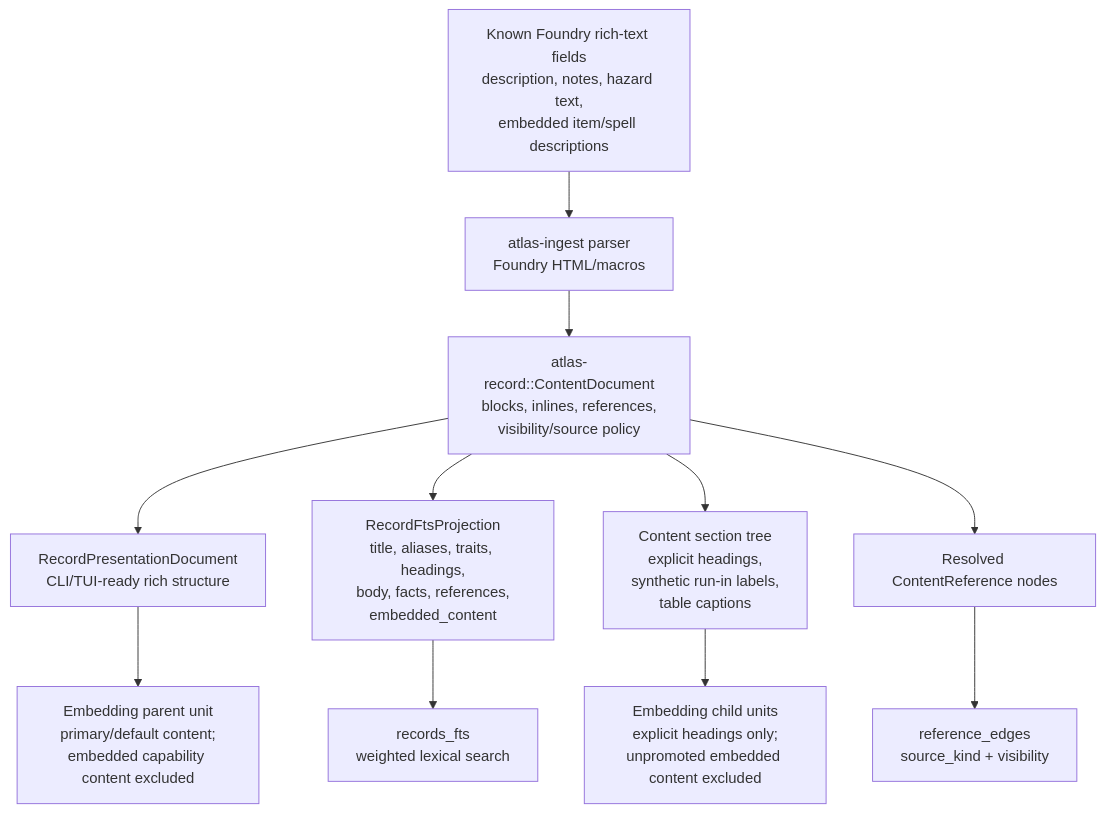
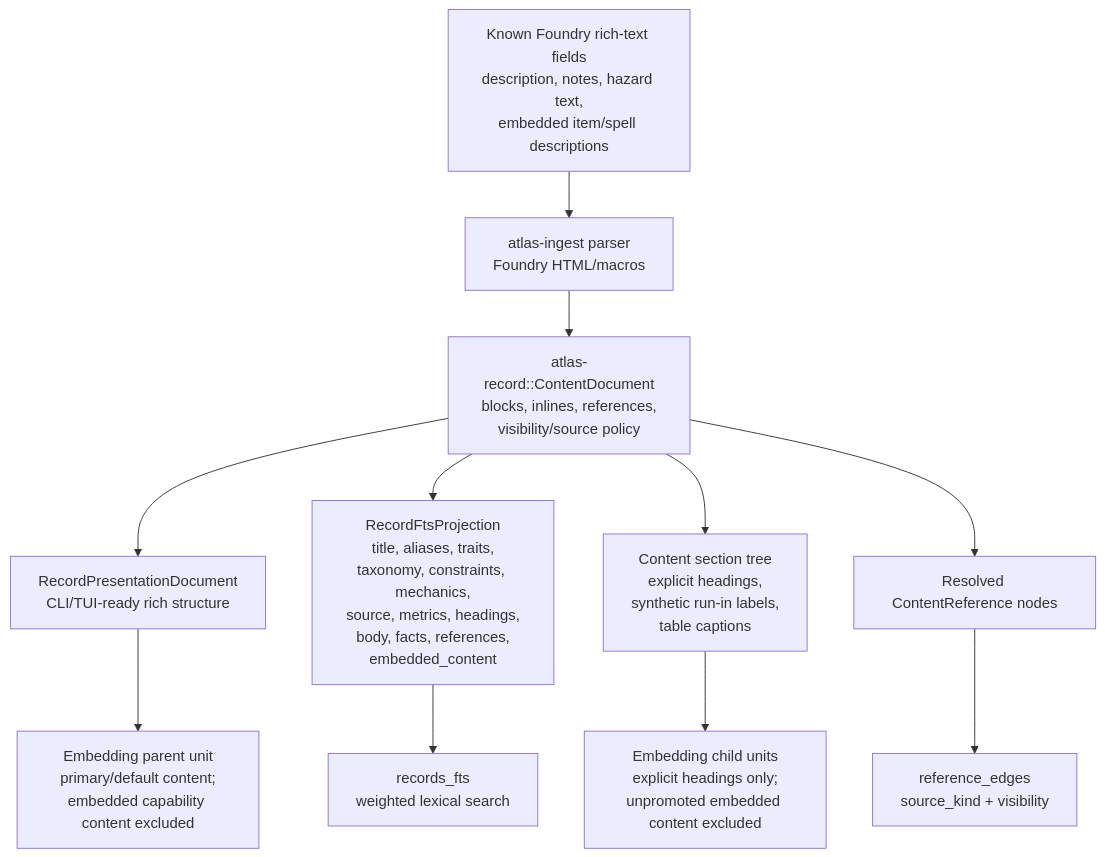
Before and after one commit to e-kosten/pf2e-atlas: the third of 4 diagrams in docs/architecture/runtime.md, drawn with Mermaid. The commit also changed 12 other files, not shown here.

````diff
--- a/docs/architecture/runtime.md
+++ b/docs/architecture/runtime.md
@@ -89,15 +89,15 @@
 ```mermaid
 flowchart TD
     markup["Known Foundry rich-text fields<br/>description, notes, hazard text,<br/>embedded item/spell descriptions"] --> parser["atlas-ingest parser<br/>Foundry HTML/macros"]
     parser --> doc["atlas-record::ContentDocument<br/>blocks, inlines, references,<br/>visibility/source policy"]
 
     doc --> presentation["RecordPresentationDocument<br/>CLI/TUI-ready rich structure"]
-    doc --> fts["RecordFtsProjection<br/>title, aliases, traits, headings,<br/>body, facts, references,<br/>embedded_content"]
+    doc --> fts["RecordFtsProjection<br/>title, aliases, traits,<br/>taxonomy, constraints, mechanics,<br/>source, metrics, headings,<br/>body, facts, references,<br/>embedded_content"]
     doc --> tree["Content section tree<br/>explicit headings,<br/>synthetic run-in labels,<br/>table captions"]
     doc --> refs["Resolved ContentReference nodes"]
 
     presentation --> parentEmbedding["Embedding parent unit<br/>primary/default content;<br/>embedded capability content excluded"]
     tree --> childEmbedding["Embedding child units<br/>explicit headings only;<br/>unpromoted embedded content excluded"]
     refs --> edges["reference_edges<br/>source_kind + visibility"]
     fts --> recordsFts["records_fts<br/>weighted lexical search"]
 ```
````
